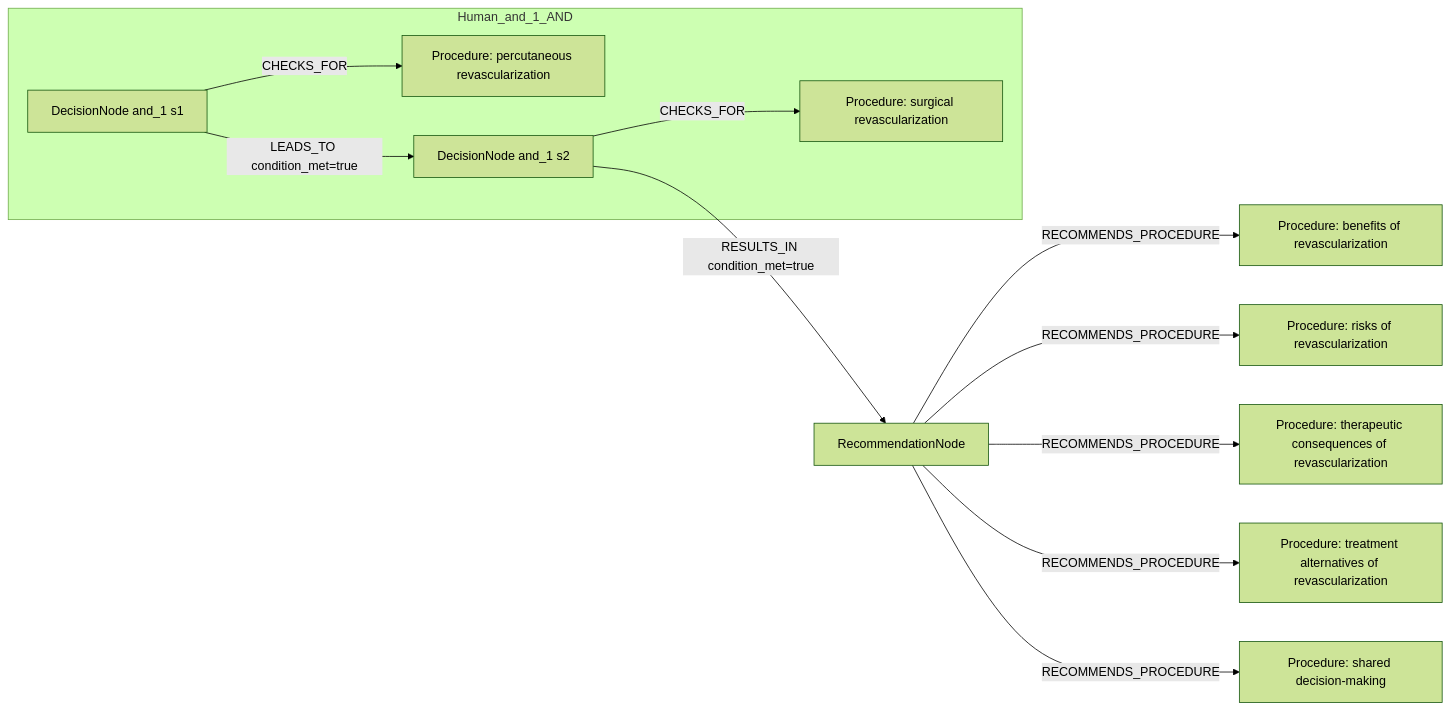
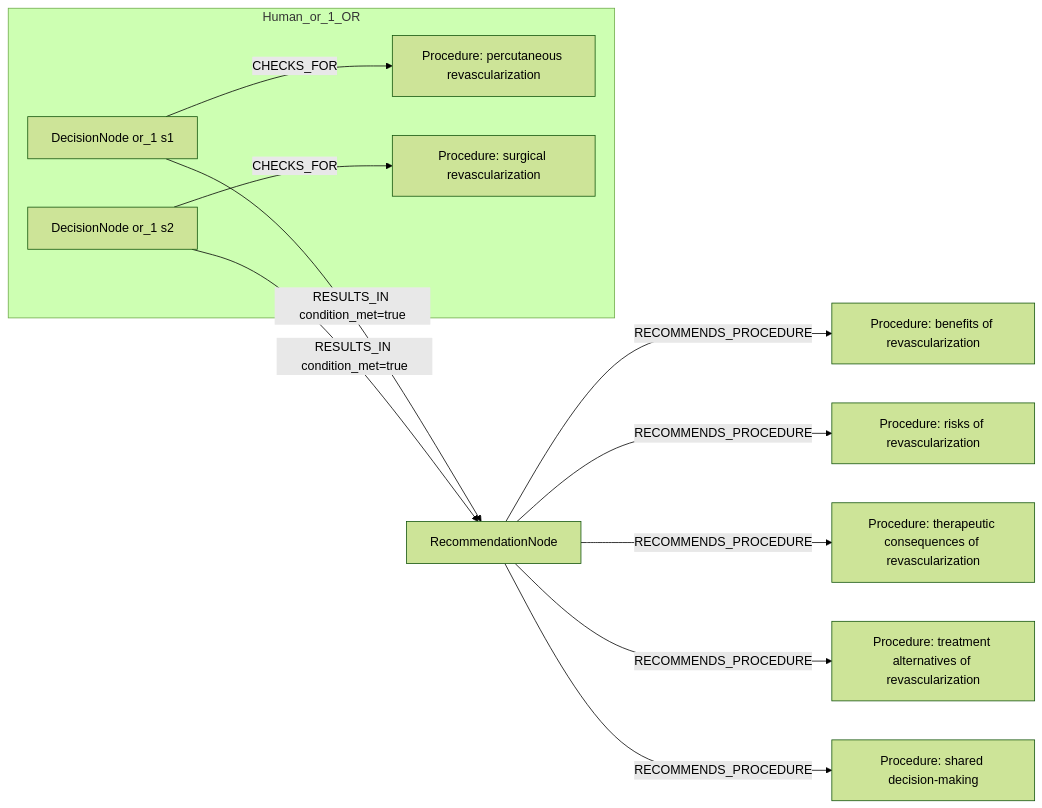
The first of 2 diagrams in docs/table22_rows/row_01.md (dieterich-lab/CardioGuidelinesGraph), drawn with Mermaid (forest theme) before and after one commit. The commit also changed other lines of this file and 2 other files, not shown here.

````diff
--- a/docs/table22_rows/row_01.md
+++ b/docs/table22_rows/row_01.md
@@ -181,24 +193,24 @@
 ```mermaid
 graph LR
   REC[RecommendationNode]
   ACT1[Procedure: benefits of revascularization]
   REC -->|RECOMMENDS_PROCEDURE| ACT1
   ACT2[Procedure: risks of revascularization]
   REC -->|RECOMMENDS_PROCEDURE| ACT2
   ACT3[Procedure: therapeutic consequences of revascularization]
   REC -->|RECOMMENDS_PROCEDURE| ACT3
   ACT4[Procedure: treatment alternatives of revascularization]
   REC -->|RECOMMENDS_PROCEDURE| ACT4
   ACT5[Procedure: shared decision-making]
   REC -->|RECOMMENDS_PROCEDURE| ACT5
-  subgraph Human_and_1_AND
-    D_and_1_1[DecisionNode and_1 s1]
-    C_and_1_1[Procedure: percutaneous revascularization]
-    D_and_1_1 -->|CHECKS_FOR| C_and_1_1
-    D_and_1_2[DecisionNode and_1 s2]
-    C_and_1_2[Procedure: surgical revascularization]
-    D_and_1_2 -->|CHECKS_FOR| C_and_1_2
-    D_and_1_1 -->|LEADS_TO condition_met=true| D_and_1_2
+  subgraph Human_or_1_OR
+    D_or_1_1[DecisionNode or_1 s1]
+    C_or_1_1[Procedure: percutaneous revascularization]
+    D_or_1_1 -->|CHECKS_FOR| C_or_1_1
+    D_or_1_2[DecisionNode or_1 s2]
+    C_or_1_2[Procedure: surgical revascularization]
+    D_or_1_2 -->|CHECKS_FOR| C_or_1_2
   end
-  D_and_1_2 -->|RESULTS_IN condition_met=true| REC
+  D_or_1_1 -->|RESULTS_IN condition_met=true| REC
+  D_or_1_2 -->|RESULTS_IN condition_met=true| REC
 ```
````
